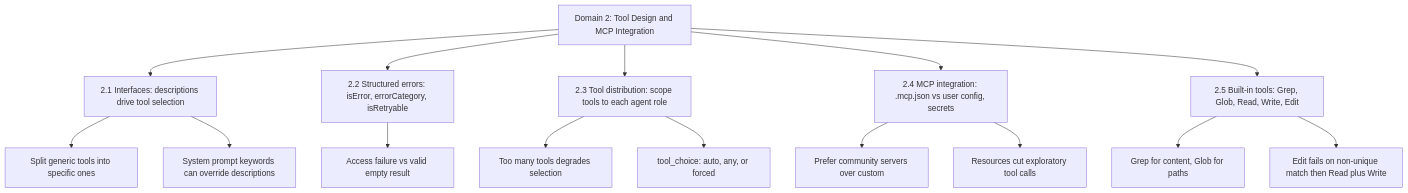
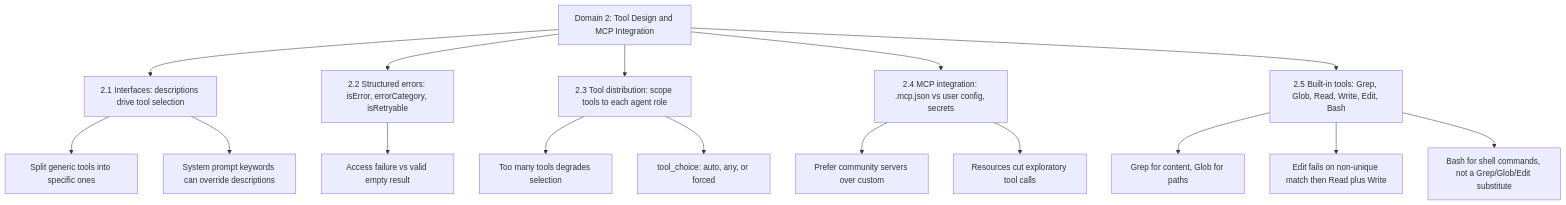
One commit to NicoAbet04/CCAF-study-env changed the diagram in vaults/ccaf/2 - Tool Design & MCP Integration.md. Above: the diagram before and after it, drawn with Mermaid. The commit also changed other lines of this file, not shown here.

First line of the commit message:
Add Bash to Domain 2's built-in tools coverage

````diff
--- a/vaults/ccaf/2 - Tool Design & MCP Integration.md
+++ b/vaults/ccaf/2 - Tool Design & MCP Integration.md
@@ -27,18 +27,19 @@
 ```mermaid
 graph TD
     D2[Domain 2: Tool Design and MCP Integration]
     D2 --> I1[2.1 Interfaces: descriptions drive tool selection]
     D2 --> I2[2.2 Structured errors: isError, errorCategory, isRetryable]
     D2 --> I3[2.3 Tool distribution: scope tools to each agent role]
     D2 --> I4[2.4 MCP integration: .mcp.json vs user config, secrets]
-    D2 --> I5[2.5 Built-in tools: Grep, Glob, Read, Write, Edit]
+    D2 --> I5[2.5 Built-in tools: Grep, Glob, Read, Write, Edit, Bash]
     I1 --> I1a[Split generic tools into specific ones]
     I1 --> I1b[System prompt keywords can override descriptions]
     I2 --> I2a[Access failure vs valid empty result]
     I3 --> I3a[Too many tools degrades selection]
     I3 --> I3b[tool_choice: auto, any, or forced]
     I4 --> I4a[Prefer community servers over custom]
     I4 --> I4b[Resources cut exploratory tool calls]
     I5 --> I5a[Grep for content, Glob for paths]
     I5 --> I5b[Edit fails on non-unique match then Read plus Write]
+    I5 --> I5c[Bash for shell commands, not a Grep/Glob/Edit substitute]
 ```
````
